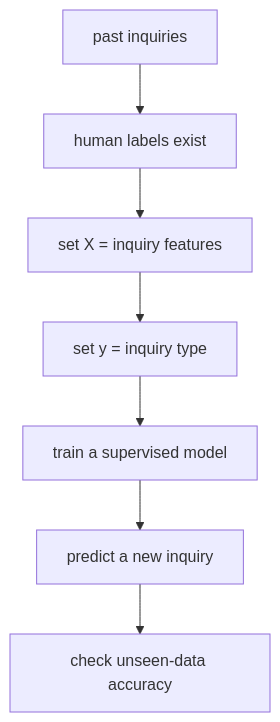
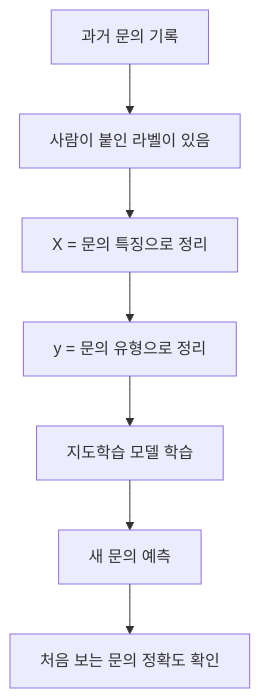
One commit to devchan64/AiBook changed the second of 2 diagrams in docs/parts/part-04/chapter-02/section-01.md. Above: the diagram before and after it, drawn with Mermaid. The commit also changed other lines of this file and 21 other files, not shown here.

````diff
--- a/docs/parts/part-04/chapter-02/section-01.md
+++ b/docs/parts/part-04/chapter-02/section-01.md
@@ -220,12 +220,12 @@
 ```mermaid
 flowchart TD
-  A["past inquiries"]
-  B["human labels exist"]
-  C["set X = inquiry features"]
-  D["set y = inquiry type"]
-  E["train a supervised model"]
-  F["predict a new inquiry"]
-  G["check unseen-data accuracy"]
+  A["과거 문의 기록"]
+  B["사람이 붙인 라벨이 있음"]
+  C["X = 문의 특징으로 정리"]
+  D["y = 문의 유형으로 정리"]
+  E["지도학습 모델 학습"]
+  F["새 문의 예측"]
+  G["처음 보는 문의 정확도 확인"]
 
   A --> B --> C --> D --> E --> F --> G
 ```
````
